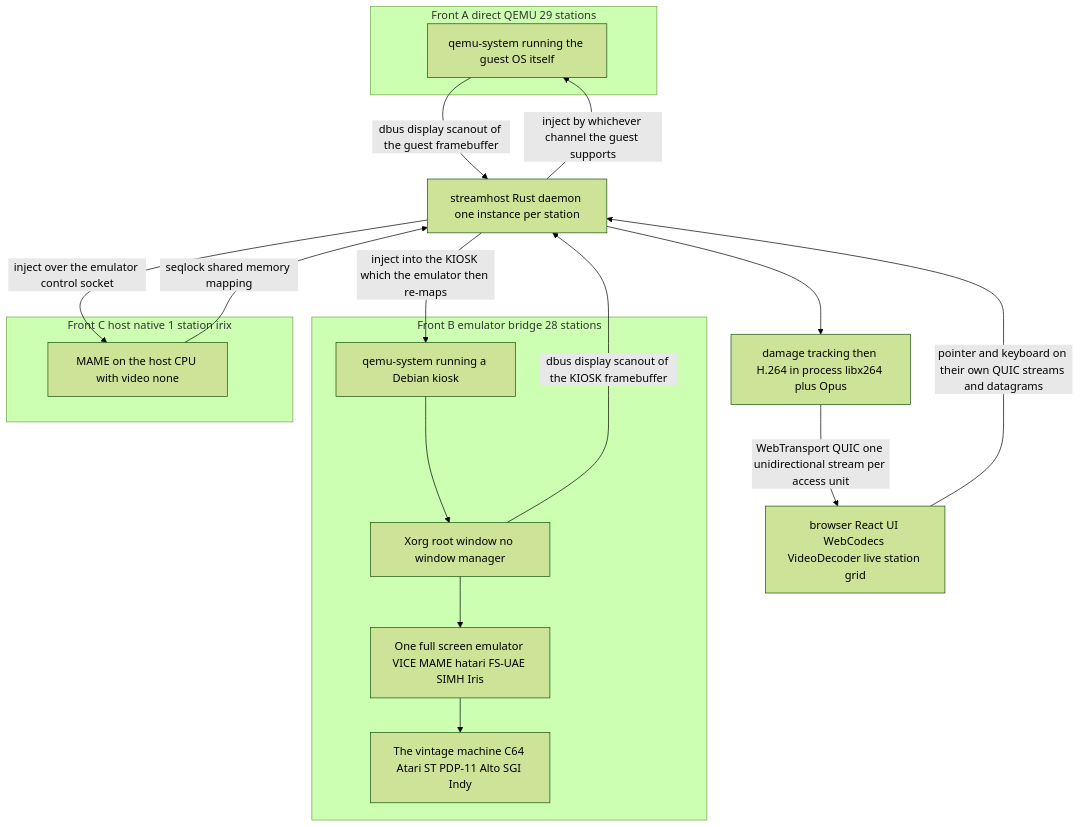
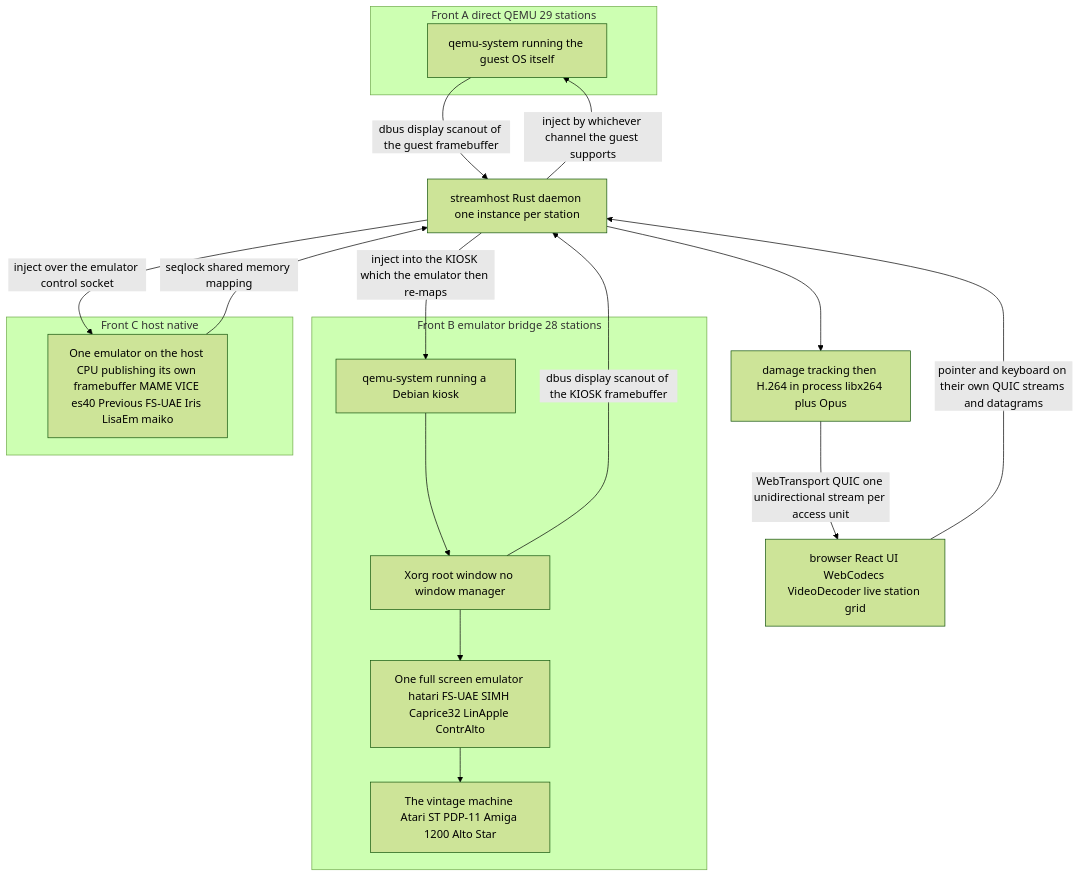
Before and after one commit to Wnt/kernel-hive: the diagram in docs/ARCHITECTURE.md, drawn with Mermaid (forest theme). The commit also changed other lines of this file and 8 other files, not shown here.

````diff
--- a/docs/ARCHITECTURE.md
+++ b/docs/ARCHITECTURE.md
@@ -14,29 +14,29 @@
 ```mermaid
 flowchart TD
   subgraph F1[Front A direct QEMU 29 stations]
     A1[qemu-system running the guest OS itself]
   end
 
   subgraph F2[Front B emulator bridge 28 stations]
     B1[qemu-system running a Debian kiosk] --> B2[Xorg root window no window manager]
-    B2 --> B3[One full screen emulator VICE MAME hatari FS-UAE SIMH Iris]
-    B3 --> B4[The vintage machine C64 Atari ST PDP-11 Alto SGI Indy]
+    B2 --> B3[One full screen emulator hatari FS-UAE SIMH Caprice32 LinApple ContrAlto]
+    B3 --> B4[The vintage machine Atari ST PDP-11 Amiga 1200 Alto Star]
   end
 
-  subgraph F3[Front C host native 1 station irix]
-    C1[MAME on the host CPU with video none]
+  subgraph F3[Front C host native]
+    C1[One emulator on the host CPU publishing its own framebuffer MAME VICE es40 Previous FS-UAE Iris LisaEm maiko]
   end
 
   A1 -->|dbus display scanout of the guest framebuffer| S
   B2 -->|dbus display scanout of the KIOSK framebuffer| S
   C1 -->|seqlock shared memory mapping| S
 
   S[streamhost Rust daemon one instance per station]
   S --> C[damage tracking then H.264 in process libx264 plus Opus]
   C -->|WebTransport QUIC one unidirectional stream per access unit| BR
   BR[browser React UI WebCodecs VideoDecoder live station grid]
   BR -->|pointer and keyboard on their own QUIC streams and datagrams| S
   S -->|inject by whichever channel the guest supports| A1
   S -->|inject into the KIOSK which the emulator then re-maps| B1
   S -->|inject over the emulator control socket| C1
 ```
````
